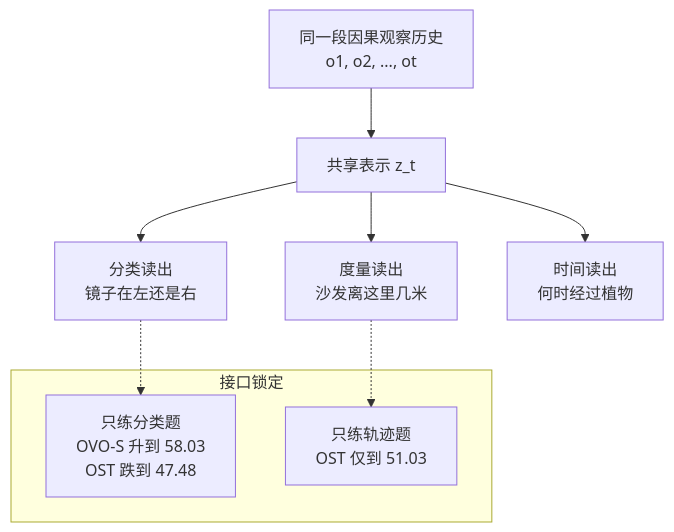
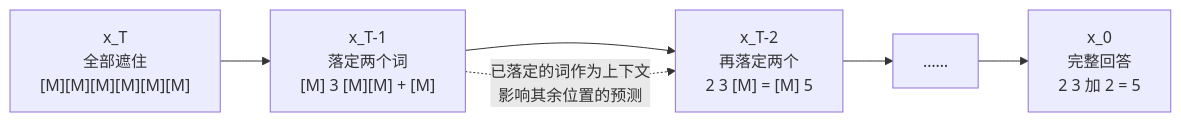
One commit to yingwang/paper-reads changed the first of 4 diagrams in docs/index.md. Above: the diagram before and after it, drawn with Mermaid. The commit also changed other lines of this file and 2 other files, not shown here.

````diff
--- a/docs/index.md
+++ b/docs/index.md
@@ -59,13 +57,8 @@
 ```mermaid
-flowchart TB
-    H["同一段因果观察历史<br/>o1, o2, ..., ot"] --> Z["共享表示 z_t"]
-    Z --> R1["分类读出<br/>镜子在左还是右"]
-    Z --> R2["度量读出<br/>沙发离这里几米"]
-    Z --> R3["时间读出<br/>何时经过植物"]
-    subgraph LOCK["接口锁定"]
-        C1["只练分类题<br/>OVO-S 升到 58.03<br/>OST 跌到 47.48"]
-        C2["只练轨迹题<br/>OST 仅到 51.03"]
-    end
-    R1 -.-> C1
-    R2 -.-> C2
+flowchart LR
+    A["x_T<br/>全部遮住<br/>[M][M][M][M][M][M]"] --> B["x_T-1<br/>落定两个词<br/>[M] 3 [M][M] + [M]"]
+    B --> C["x_T-2<br/>再落定两个<br/>2 3 [M] = [M] 5"]
+    C --> D["……"]
+    D --> E["x_0<br/>完整回答<br/>2 3 加 2 = 5"]
+    B -.->|"已落定的词作为上下文<br/>影响其余位置的预测"| C
 ```
````
